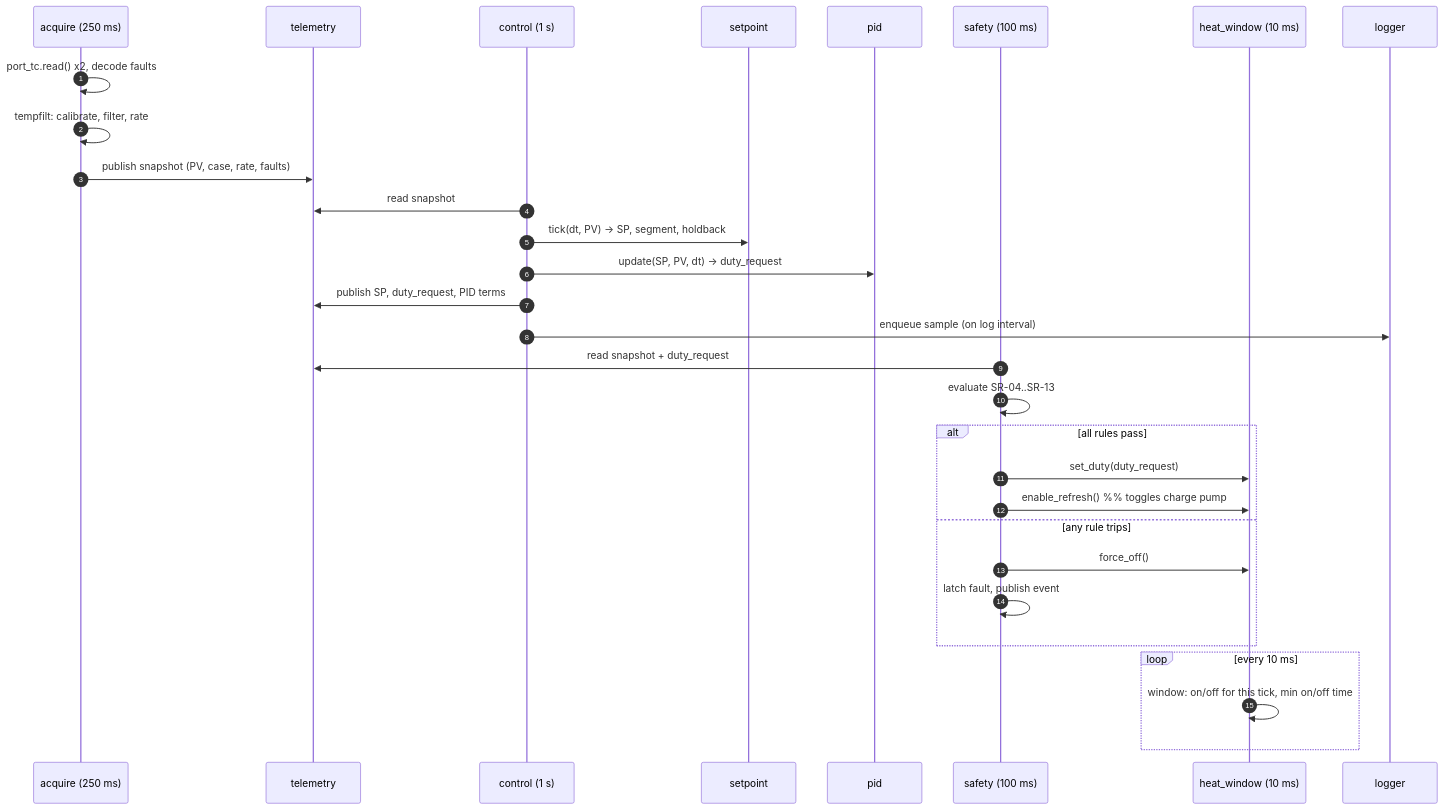
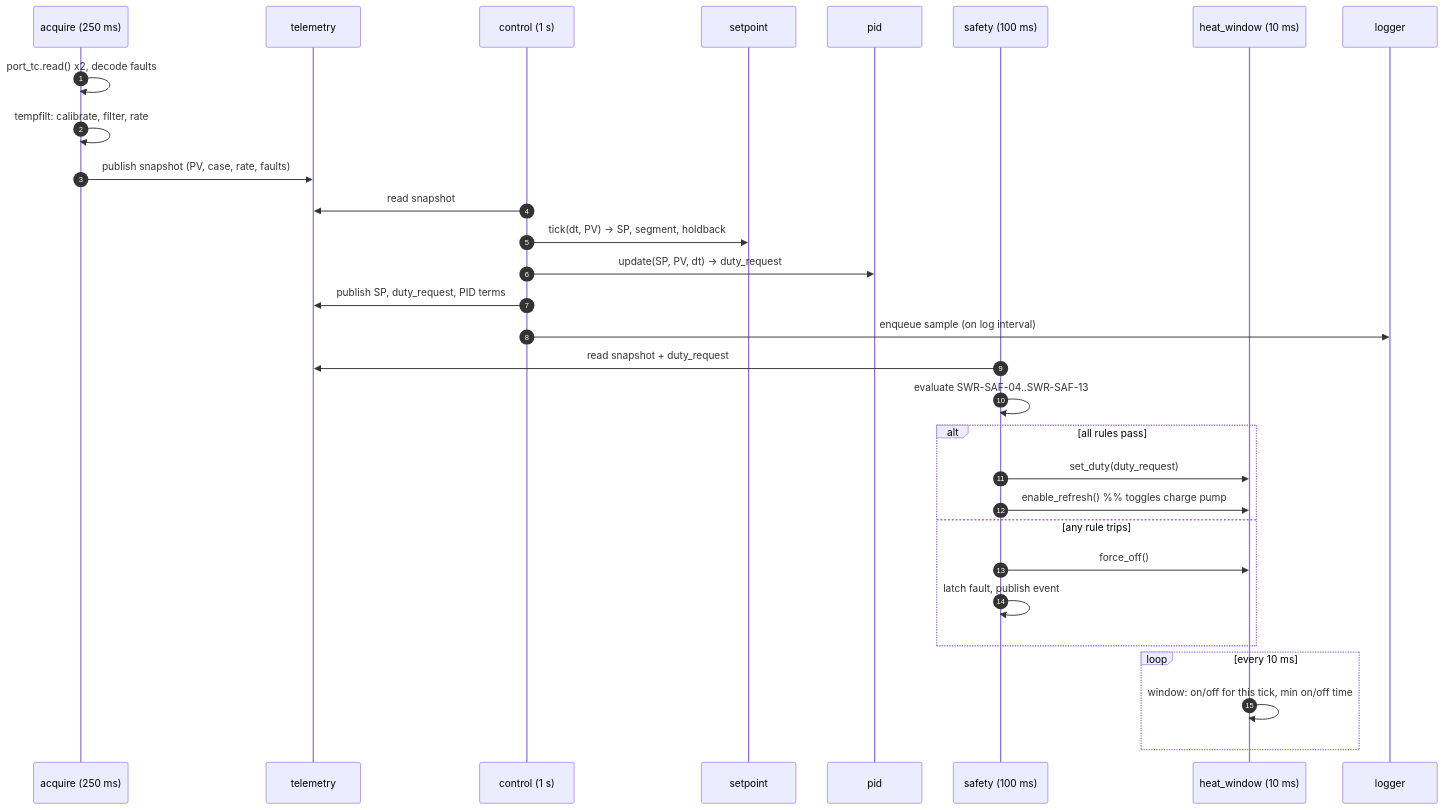
Before and after one commit to bitcrushtesting/SafeKilnController: the second of 7 diagrams in docs/architecture.md, drawn with Mermaid. The commit also changed other lines of this file and 166 other files, not shown here.

````diff
--- a/docs/architecture.md
+++ b/docs/architecture.md
@@ -204,36 +204,36 @@
 ```mermaid
 sequenceDiagram
     autonumber
     participant AQ as acquire (250 ms)
     participant TEL as telemetry
     participant CT as control (1 s)
     participant SG as setpoint
     participant PID as pid
     participant SF as safety (100 ms)
     participant HW as heat_window (10 ms)
     participant LG as logger
 
     AQ->>AQ: port_tc.read() x2, decode faults
     AQ->>AQ: tempfilt: calibrate, filter, rate
     AQ->>TEL: publish snapshot (PV, case, rate, faults)
 
     CT->>TEL: read snapshot
     CT->>SG: tick(dt, PV) -> SP, segment, holdback
     CT->>PID: update(SP, PV, dt) -> duty_request
     CT->>TEL: publish SP, duty_request, PID terms
     CT->>LG: enqueue sample (on log interval)
 
     SF->>TEL: read snapshot + duty_request
-    SF->>SF: evaluate SR-04..SR-13
+    SF->>SF: evaluate SWR-SAF-04..SWR-SAF-13
     alt all rules pass
         SF->>HW: set_duty(duty_request)
         SF->>HW: enable_refresh()  %% toggles charge pump
     else any rule trips
         SF->>HW: force_off()
         SF->>SF: latch fault, publish event
     end
 
     loop every 10 ms
         HW->>HW: window: on/off for this tick, min on/off time
     end
 ```
````
